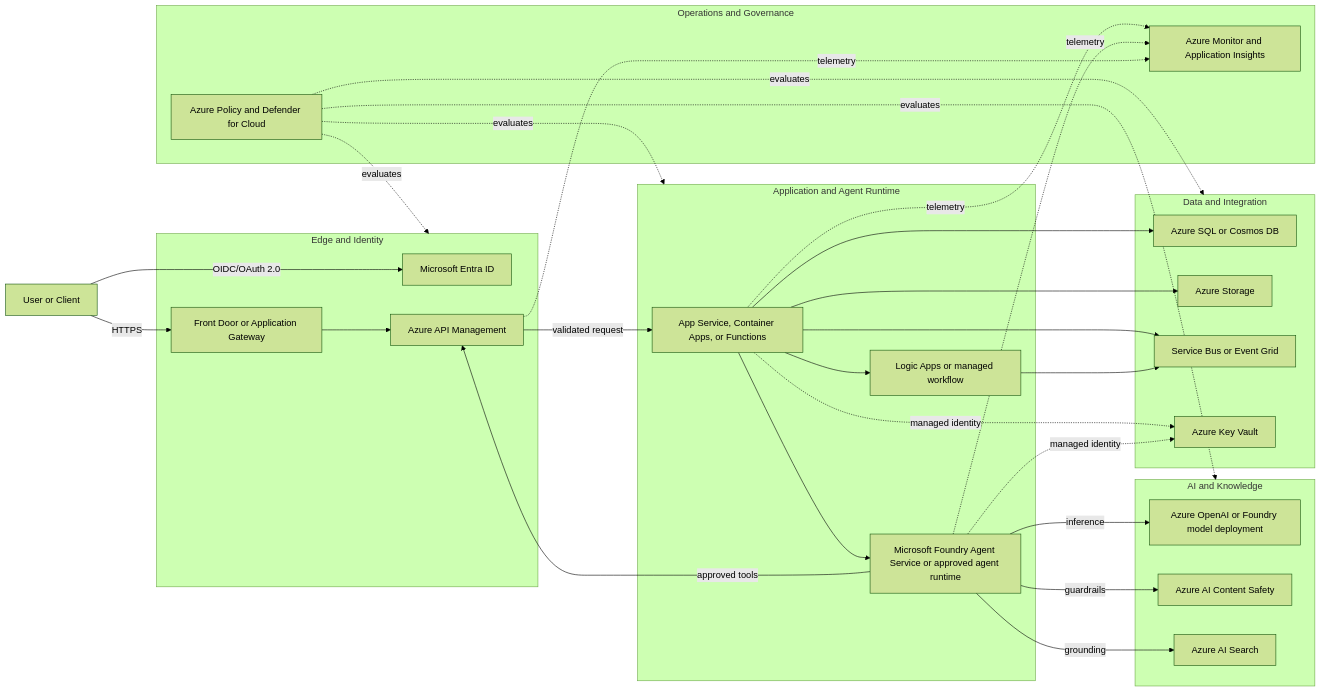
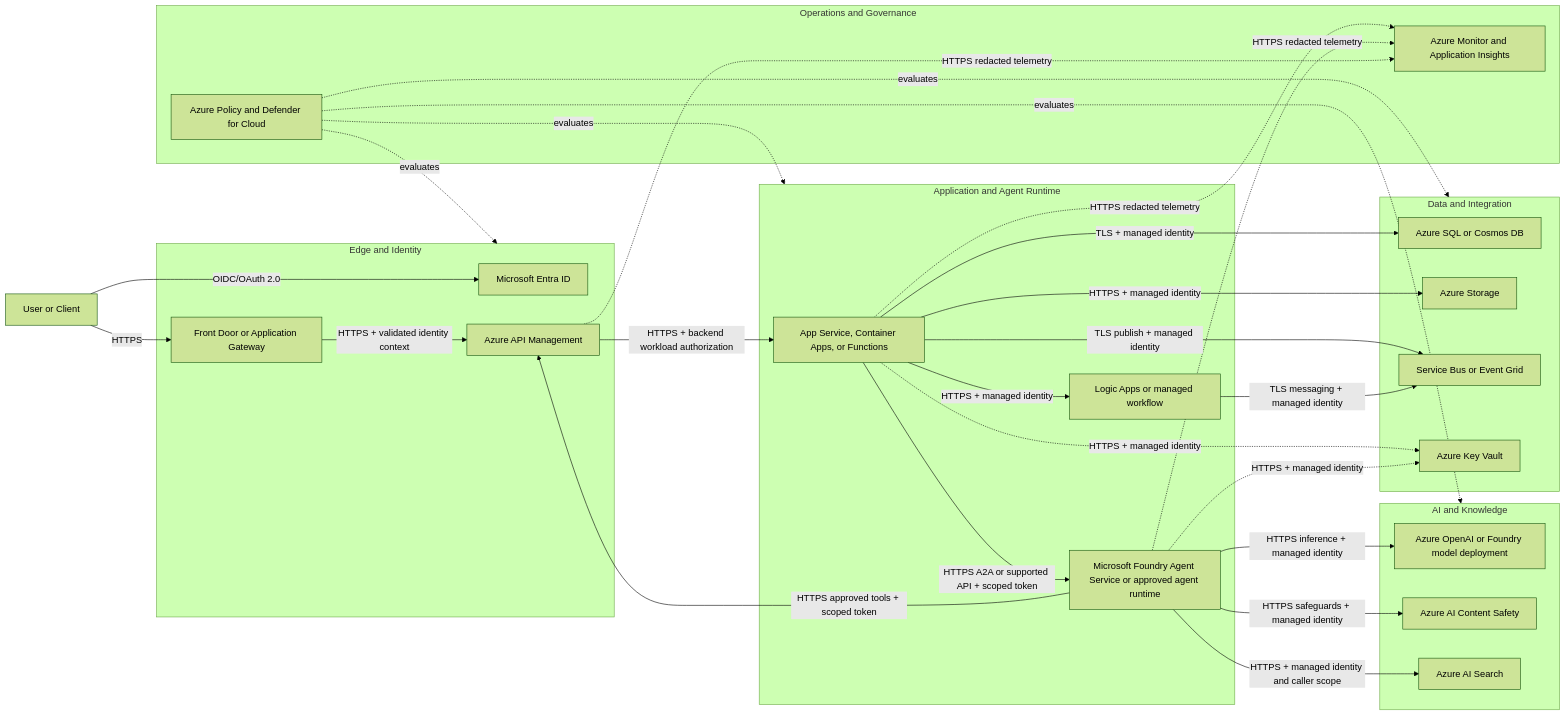
The first of 3 diagrams in docs/reference-architecture-standard.md (ericnagel11/elv), drawn with Mermaid (forest theme) before and after one commit. The commit also changed other lines of this file and 10 other files, not shown here.

````diff
--- a/docs/reference-architecture-standard.md
+++ b/docs/reference-architecture-standard.md
@@ -54,58 +72,58 @@
 ```mermaid
 flowchart LR
     user[User or Client]
 
     subgraph edge["Edge and Identity"]
         entra[Microsoft Entra ID]
         front[Front Door or Application Gateway]
         apim[Azure API Management]
     end
 
     subgraph app["Application and Agent Runtime"]
         host[App Service, Container Apps, or Functions]
         agent[Microsoft Foundry Agent Service or approved agent runtime]
         workflow[Logic Apps or managed workflow]
     end
 
     subgraph ai["AI and Knowledge"]
         model[Azure OpenAI or Foundry model deployment]
         safety[Azure AI Content Safety]
         search[Azure AI Search]
     end
 
     subgraph data["Data and Integration"]
         db[Azure SQL or Cosmos DB]
         storage[Azure Storage]
         bus[Service Bus or Event Grid]
         kv[Azure Key Vault]
     end
 
     subgraph ops["Operations and Governance"]
         monitor[Azure Monitor and Application Insights]
         policy[Azure Policy and Defender for Cloud]
     end
 
     user -->|OIDC/OAuth 2.0| entra
     user -->|HTTPS| front
-    front --> apim
-    apim -->|validated request| host
-    host --> agent
-    host --> workflow
-    agent -->|inference| model
-    agent -->|guardrails| safety
-    agent -->|grounding| search
-    agent -->|approved tools| apim
-    host --> db
-    host --> storage
-    host --> bus
-    workflow --> bus
-    host -. managed identity .-> kv
-    agent -. managed identity .-> kv
-    host -. telemetry .-> monitor
-    agent -. telemetry .-> monitor
-    apim -. telemetry .-> monitor
+    front -->|HTTPS + validated identity context| apim
+    apim -->|HTTPS + backend workload authorization| host
+    host -->|HTTPS A2A or supported API + scoped token| agent
+    host -->|HTTPS + managed identity| workflow
+    agent -->|HTTPS inference + managed identity| model
+    agent -->|HTTPS safeguards + managed identity| safety
+    agent -->|HTTPS + managed identity and caller scope| search
+    agent -->|HTTPS approved tools + scoped token| apim
+    host -->|TLS + managed identity| db
+    host -->|HTTPS + managed identity| storage
+    host -->|TLS publish + managed identity| bus
+    workflow -->|TLS messaging + managed identity| bus
+    host -. HTTPS + managed identity .-> kv
+    agent -. HTTPS + managed identity .-> kv
+    host -. HTTPS redacted telemetry .-> monitor
+    agent -. HTTPS redacted telemetry .-> monitor
+    apim -. HTTPS redacted telemetry .-> monitor
     policy -. evaluates .-> edge
     policy -. evaluates .-> app
     policy -. evaluates .-> ai
     policy -. evaluates .-> data
 ```
````
